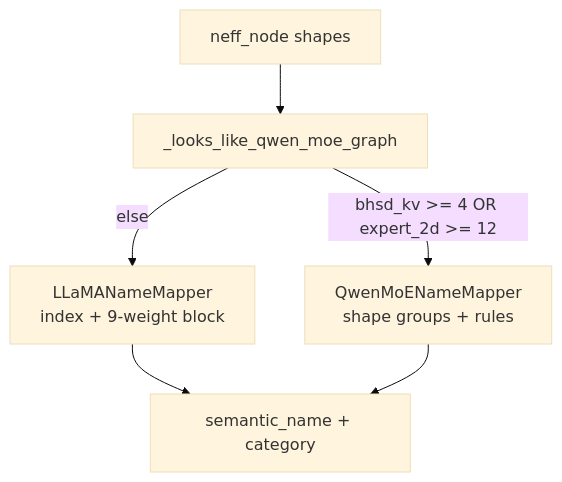
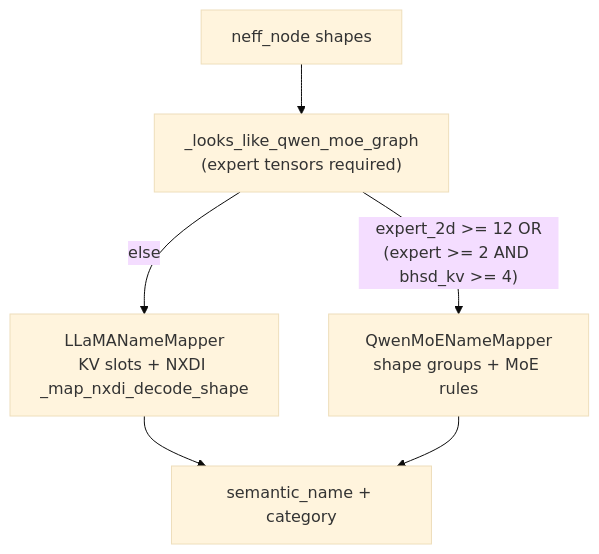
One commit to arinashah30/EE392C changed the first of 2 diagrams in docs/TENSOR_MAPPER_AUDIT.md. Above: the diagram before and after it, drawn with Mermaid (base theme). The commit also changed other lines of this file and 136 other files, not shown here.

````diff
--- a/docs/TENSOR_MAPPER_AUDIT.md
+++ b/docs/TENSOR_MAPPER_AUDIT.md
@@ -319,14 +279,14 @@
 ```mermaid
 flowchart TD
     NEFF["neff_node shapes"]
-    DETECT["_looks_like_qwen_moe_graph"]
-    LLAMA["LLaMANameMapper\nindex + 9-weight block"]
-    QWEN["QwenMoENameMapper\nshape groups + rules"]
+    DETECT["_looks_like_qwen_moe_graph\n(expert tensors required)"]
+    LLAMA["LLaMANameMapper\nKV slots + NXDI _map_nxdi_decode_shape"]
+    QWEN["QwenMoENameMapper\nshape groups + MoE rules"]
     OUT["semantic_name + category"]
 
     NEFF --> DETECT
-    DETECT -->|"bhsd_kv >= 4 OR expert_2d >= 12"| QWEN
+    DETECT -->|"expert_2d >= 12 OR\n(expert >= 2 AND bhsd_kv >= 4)"| QWEN
     DETECT -->|else| LLAMA
     LLAMA --> OUT
     QWEN --> OUT
 ```
````
